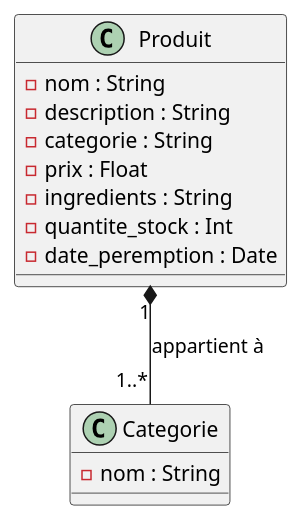
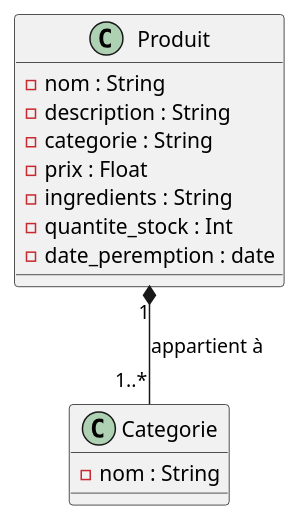
Before and after one commit to IMSET-Sousse/Beauty-Stock: the diagram in docs/diagramme_classes.puml, drawn with PlantUML.

Commit message:
add diagramme

```diff
--- a/docs/diagramme_classes.puml
+++ b/docs/diagramme_classes.puml
@@ -1,19 +1,19 @@
 @startuml
 
 class Produit {
   - nom : String
   - description : String
   - categorie : String
   - prix : Float
   - ingredients : String
   - quantite_stock : Int
-  - date_peremption : Date
+  - date_peremption : date
 }
 
 class Categorie {
   - nom : String
 }
 
 Produit "1" *-- "1..*" Categorie : "appartient à"
 
 @enduml
```
